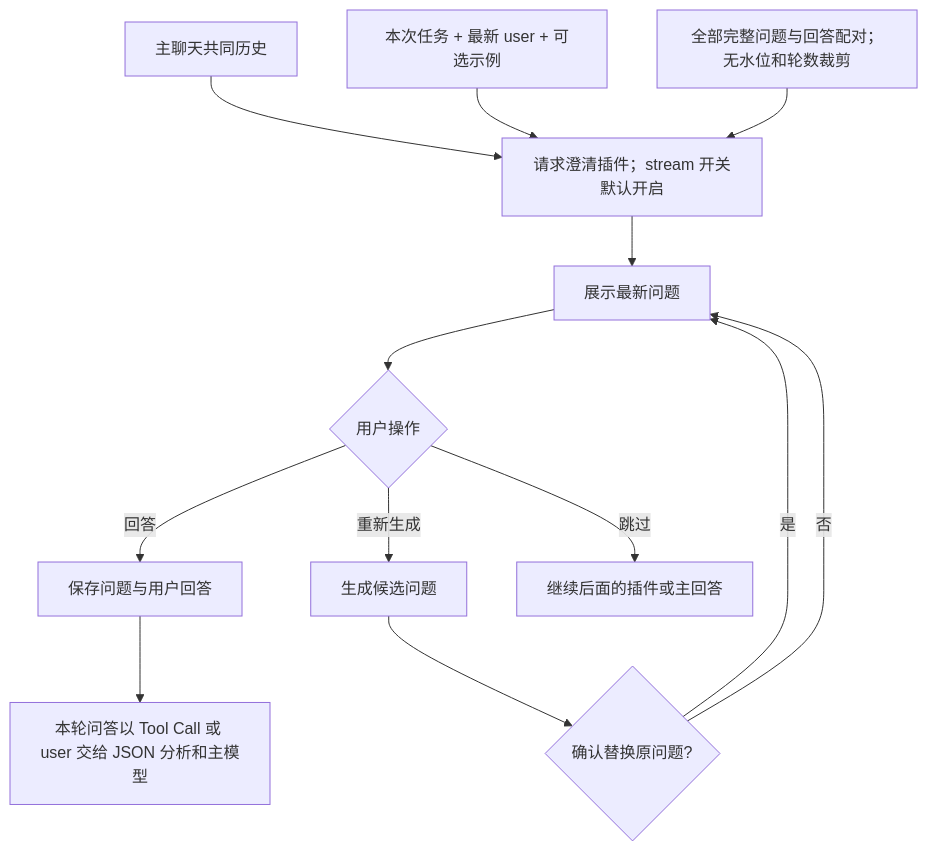
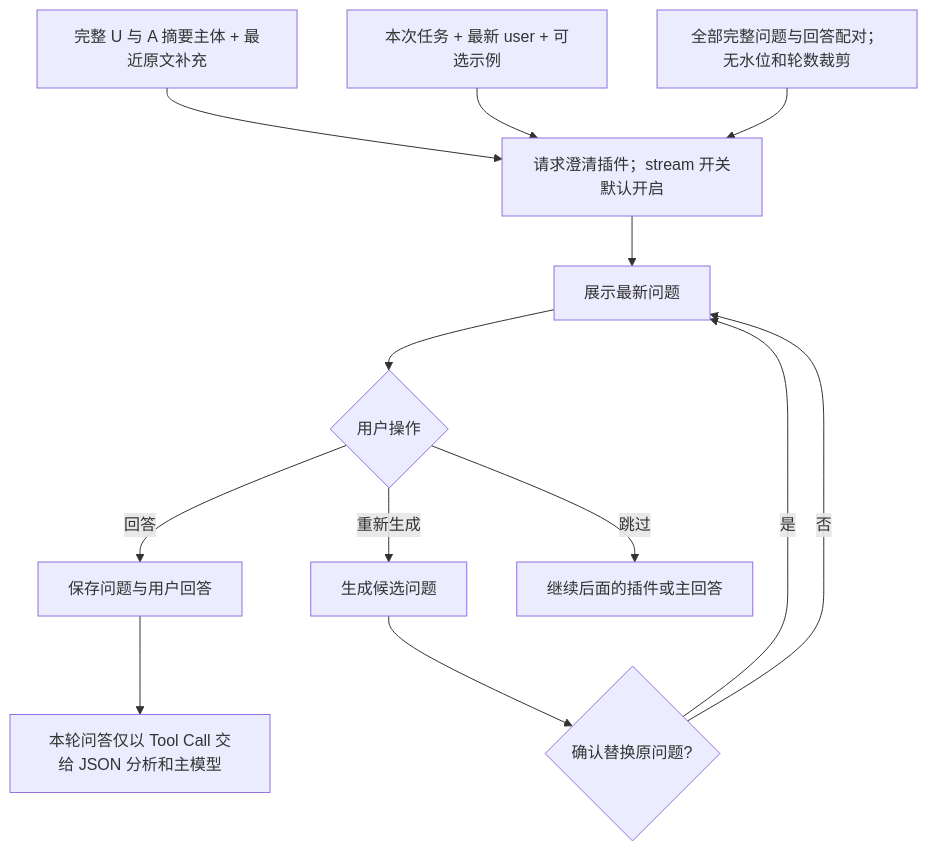
One commit to ccawmiku/workers-chat changed the fourth of 8 diagrams in docs/PLUGINS.md. Above: the diagram before and after it, drawn with Mermaid. The commit also changed other lines of this file and 30 other files, not shown here.

````diff
--- a/docs/PLUGINS.md
+++ b/docs/PLUGINS.md
@@ -248,15 +229,15 @@
 ```mermaid
 flowchart TD
-    History[主聊天共同历史] --> Ask[请求澄清插件；stream 开关默认开启]
+    History[完整 U 与 A 摘要主体 + 最近原文补充] --> Ask[请求澄清插件；stream 开关默认开启]
     Tail[本次任务 + 最新 user + 可选示例] --> Ask
     Archive[全部完整问题与回答配对；无水位和轮数裁剪] --> Ask
     Ask --> Question[展示最新问题]
     Question --> Choice{用户操作}
     Choice -->|回答| Answer[保存问题与用户回答]
-    Answer --> Inject[本轮问答以 Tool Call 或 user 交给 JSON 分析和主模型]
+    Answer --> Inject[本轮问答仅以 Tool Call 交给 JSON 分析和主模型]
     Choice -->|重新生成| Candidate[生成候选问题]
     Candidate --> Confirm{确认替换原问题?}
     Confirm -->|是| Question
     Confirm -->|否| Question
     Choice -->|跳过| Next[继续后面的插件或主回答]
 ```
````
